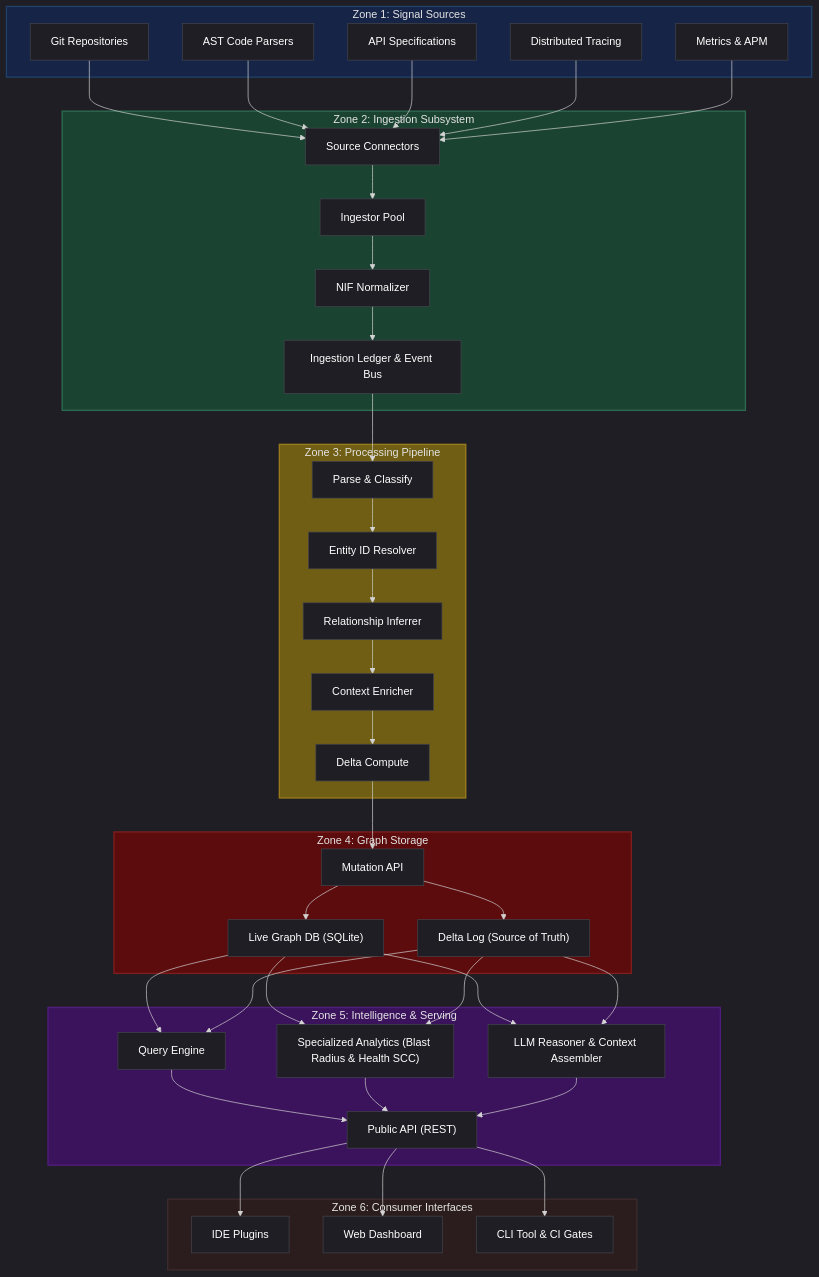
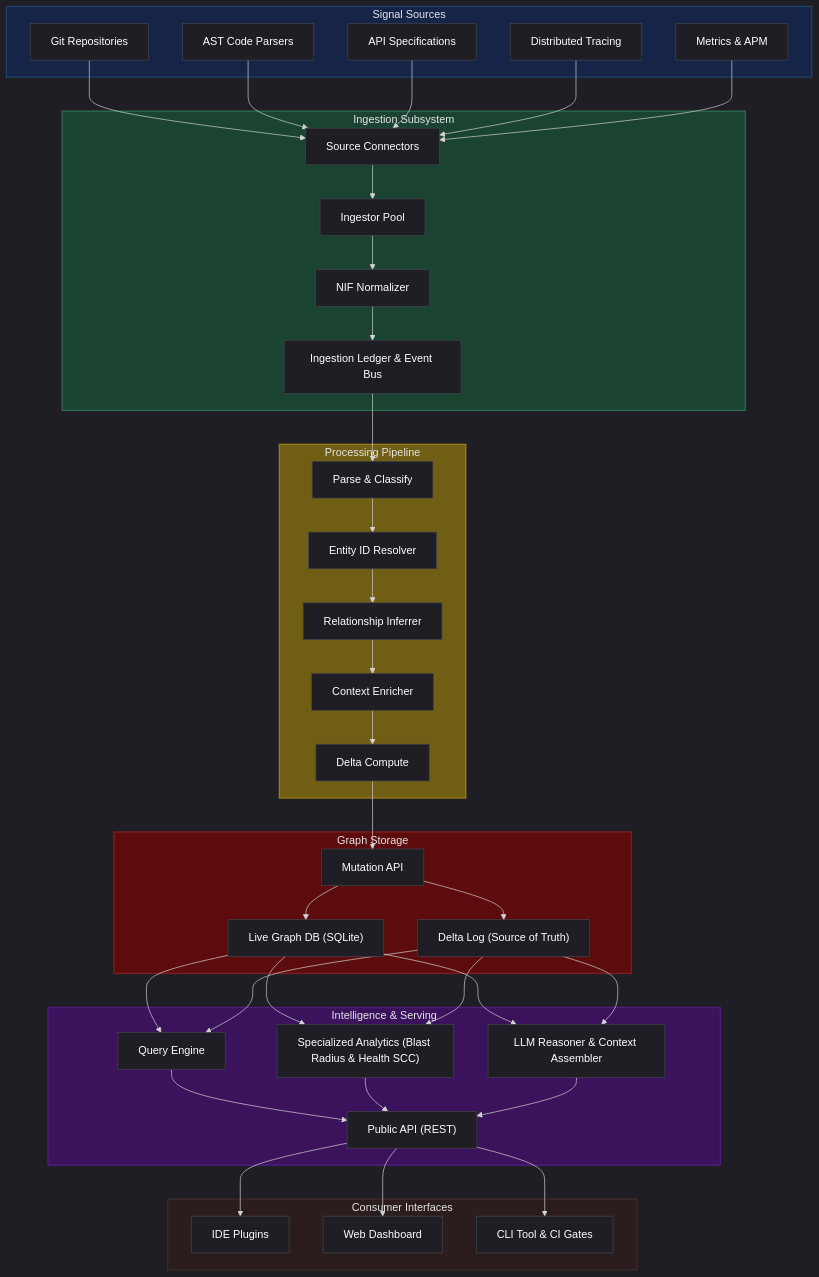
One commit to Ksawyoux/Fun-Project changed the first of 2 diagrams in README.md. Above: the diagram before and after it, drawn with Mermaid. The commit also changed other lines of this file and 174 other files, not shown here.

Commit message:
refactor: rename project architecture zones to descriptive component names and update associated directory structure

````diff
--- a/README.md
+++ b/README.md
@@ -11,67 +11,67 @@
 ```mermaid
 %%{init: {'theme': 'dark'}}%%
 flowchart TD
-    subgraph Zone1 ["Zone 1: Signal Sources"]
+    subgraph SignalSources ["Signal Sources"]
         Git["Git Repositories"]
         AST["AST Code Parsers"]
         APIs["API Specifications"]
         Trace["Distributed Tracing"]
         Metrics["Metrics & APM"]
     end
 
-    subgraph Zone2 ["Zone 2: Ingestion Subsystem"]
+    subgraph Ingestion ["Ingestion Subsystem"]
         Connectors["Source Connectors"]
         Ingestors["Ingestor Pool"]
         NIF["NIF Normalizer"]
         Ledger["Ingestion Ledger & Event Bus"]
     end
 
-    subgraph Zone3 ["Zone 3: Processing Pipeline"]
+    subgraph Pipeline ["Processing Pipeline"]
         Parse["Parse & Classify"]
         Resolve["Entity ID Resolver"]
         Infer["Relationship Inferrer"]
         Enrich["Context Enricher"]
         Delta["Delta Compute"]
     end
 
-    subgraph Zone4 ["Zone 4: Graph Storage"]
+    subgraph Storage ["Graph Storage"]
         MutationAPI["Mutation API"]
         GraphDB["Live Graph DB (SQLite)"]
         DeltaLog["Delta Log (Source of Truth)"]
     end
 
-    subgraph Zone5 ["Zone 5: Intelligence & Serving"]
+    subgraph Serving ["Intelligence & Serving"]
         QueryEngine["Query Engine"]
         Analytics["Specialized Analytics (Blast Radius & Health SCC)"]
         LLMReason["LLM Reasoner & Context Assembler"]
         PublicAPI["Public API (REST)"]
     end
 
-    subgraph Zone6 ["Zone 6: Consumer Interfaces"]
+    subgraph Interfaces ["Consumer Interfaces"]
         IDE["IDE Plugins"]
         WebDash["Web Dashboard"]
         CLI["CLI Tool & CI Gates"]
     end
 
     %% Data flow connections
     Git & AST & APIs & Trace & Metrics --> Connectors
     Connectors --> Ingestors --> NIF --> Ledger
     Ledger --> Parse --> Resolve --> Infer --> Enrich --> Delta
     Delta --> MutationAPI
     MutationAPI --> GraphDB & DeltaLog
     GraphDB & DeltaLog --> QueryEngine & Analytics & LLMReason
     QueryEngine & Analytics & LLMReason --> PublicAPI
     PublicAPI --> IDE & WebDash & CLI
 
     %% Subgraph Styling
-    style Zone1 fill:#162447,stroke:#1f4068,stroke-width:2px,color:#e4e4e4
-    style Zone2 fill:#1b4332,stroke:#2d6a4f,stroke-width:2px,color:#e4e4e4
-    style Zone3 fill:#6f5e13,stroke:#9a7b1c,stroke-width:2px,color:#e4e4e4
-    style Zone4 fill:#5c0c0c,stroke:#7f1d1d,stroke-width:2px,color:#e4e4e4
-    style Zone5 fill:#3b135c,stroke:#521c7d,stroke-width:2px,color:#e4e4e4
-    style Zone6 fill:#2b1d1d,stroke:#3d2b2b,stroke-width:2px,color:#e4e4e4
+    style SignalSources fill:#162447,stroke:#1f4068,stroke-width:2px,color:#e4e4e4
+    style Ingestion fill:#1b4332,stroke:#2d6a4f,stroke-width:2px,color:#e4e4e4
+    style Pipeline fill:#6f5e13,stroke:#9a7b1c,stroke-width:2px,color:#e4e4e4
+    style Storage fill:#5c0c0c,stroke:#7f1d1d,stroke-width:2px,color:#e4e4e4
+    style Serving fill:#3b135c,stroke:#521c7d,stroke-width:2px,color:#e4e4e4
+    style Interfaces fill:#2b1d1d,stroke:#3d2b2b,stroke-width:2px,color:#e4e4e4
 
     %% Node Styling Class for Dark Mode Contrast
     classDef darkNode fill:#1e1e24,stroke:#44444c,stroke-width:1px,color:#ffffff;
     class Git,AST,APIs,Trace,Metrics,Connectors,Ingestors,NIF,Ledger,Parse,Resolve,Infer,Enrich,Delta,MutationAPI,GraphDB,DeltaLog,QueryEngine,Analytics,LLMReason,PublicAPI,IDE,WebDash,CLI darkNode;
 ```
````
